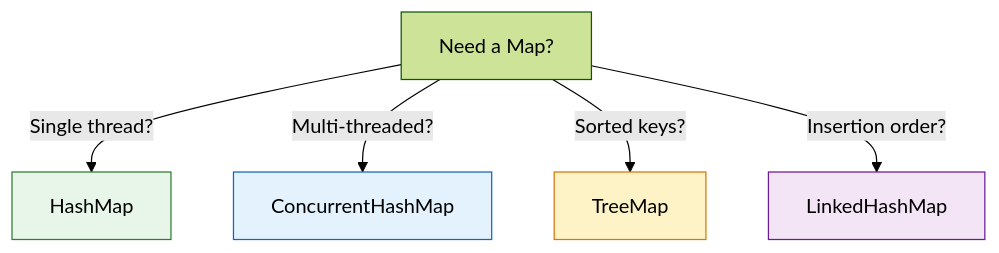
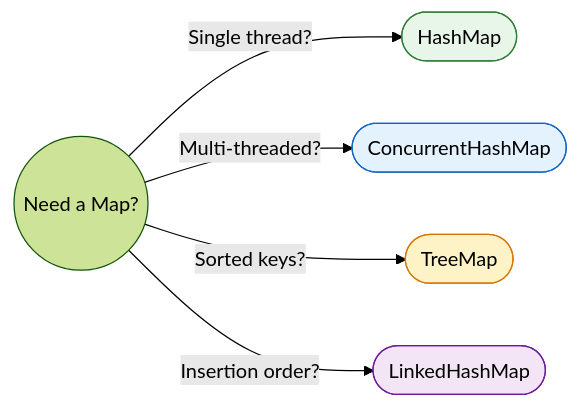
Before and after one commit to saivamsikaruturi/vamsilabs-dev-notes-main: the second of 2 diagrams in docs/java/DiffCollections.md, drawn with Mermaid (forest theme). The commit also changed 146 other files, not shown here.

Commit message:
Horizontal diagrams, UML class diagrams, typography overhaul, and permalink cleanup

````diff
--- a/docs/java/DiffCollections.md
+++ b/docs/java/DiffCollections.md
@@ -52,13 +52,13 @@
 ```mermaid
-flowchart TD
-    Q["Need a Map?"]
-    Q -->|"Single thread?"| HM["HashMap"]
-    Q -->|"Multi-threaded?"| CHM["ConcurrentHashMap"]
-    Q -->|"Sorted keys?"| TM["TreeMap"]
-    Q -->|"Insertion order?"| LHM["LinkedHashMap"]
+flowchart LR
+    Q(("Need a Map?"))
+    Q -->|"Single thread?"| HM(["HashMap"])
+    Q -->|"Multi-threaded?"| CHM(["ConcurrentHashMap"])
+    Q -->|"Sorted keys?"| TM(["TreeMap"])
+    Q -->|"Insertion order?"| LHM(["LinkedHashMap"])
 
     style HM fill:#E8F5E9,stroke:#2E7D32,color:#000
     style CHM fill:#E3F2FD,stroke:#1565C0,color:#000
     style TM fill:#FEF3C7,stroke:#D97706,color:#000
     style LHM fill:#F3E5F5,stroke:#6A1B9A,color:#000
 ```
````
